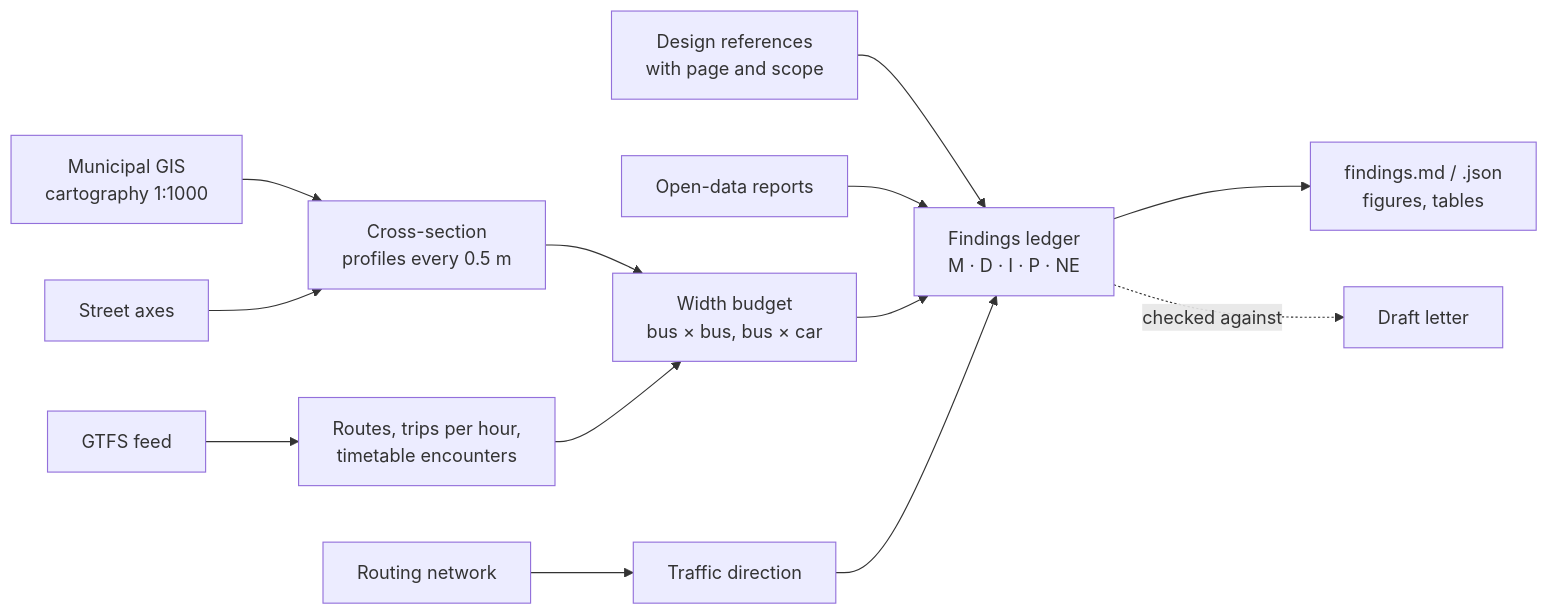
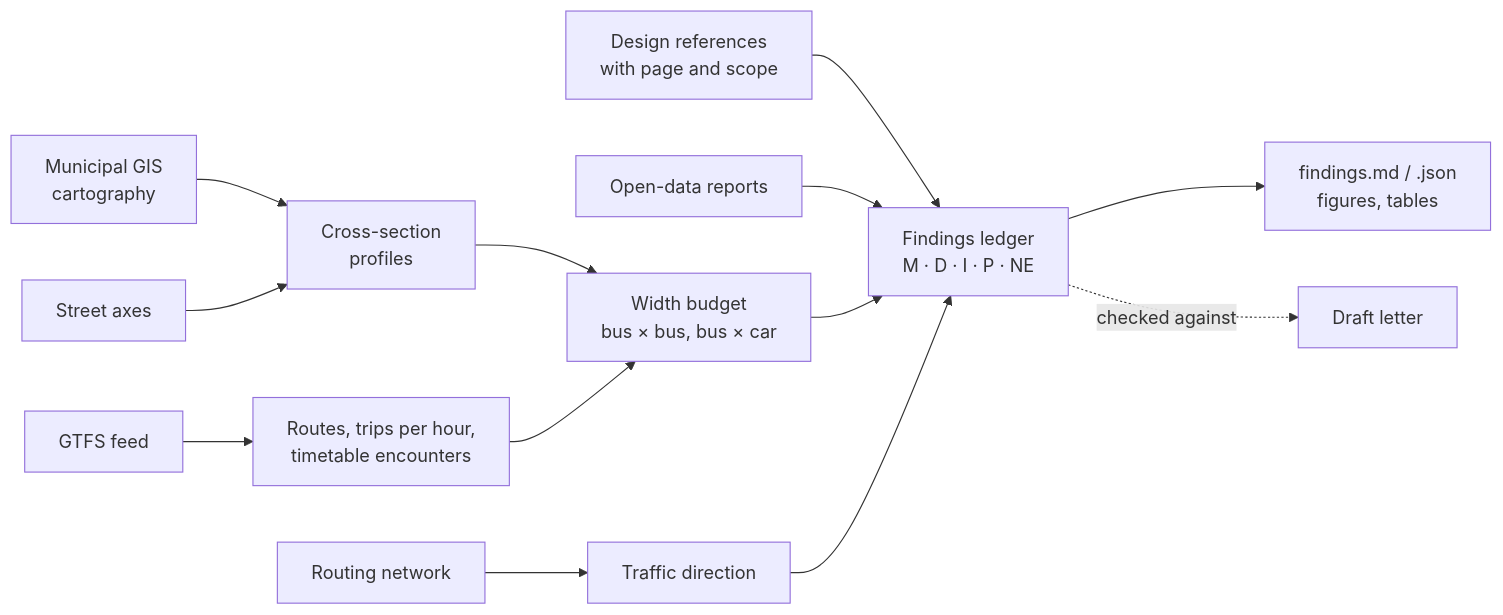
One commit to diogo4256/mobilidados changed the diagram in README.md. Above: the diagram before and after it, drawn with Mermaid. The commit also changed other lines of this file and 14 other files, not shown here.

````diff
--- a/README.md
+++ b/README.md
@@ -22,15 +22,15 @@
 ```mermaid
 flowchart LR
-  A[Municipal GIS<br>cartography 1:1000] --> P[Cross-section<br>profiles every 0.5 m]
+  A[Municipal GIS<br>cartography] --> P[Cross-section<br>profiles]
   B[Street axes] --> P
   C[Routing network] --> D[Traffic direction]
   G[GTFS feed] --> T[Routes, trips per hour,<br>timetable encounters]
   P --> E[Width budget<br>bus × bus, bus × car]
   T --> E
   S[Design references<br>with page and scope] --> L
   O[Open-data reports] --> L
   E --> L[Findings ledger<br>M · D · I · P · NE]
   D --> L
   L --> R[findings.md / .json<br>figures, tables]
   L -. checked against .-> X[Draft letter]
 ```
````
